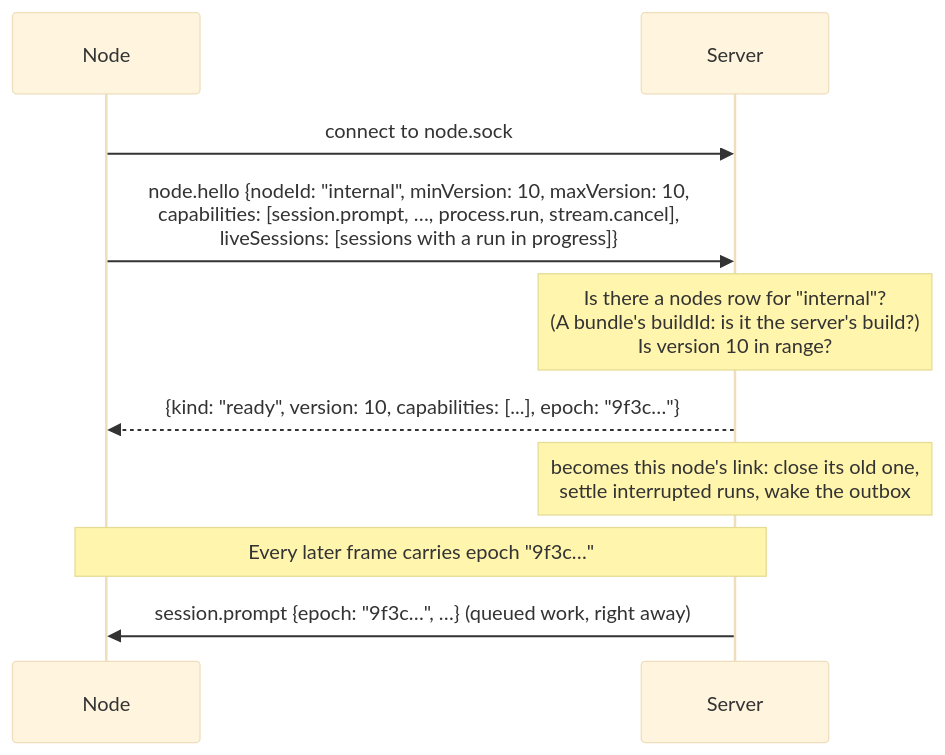
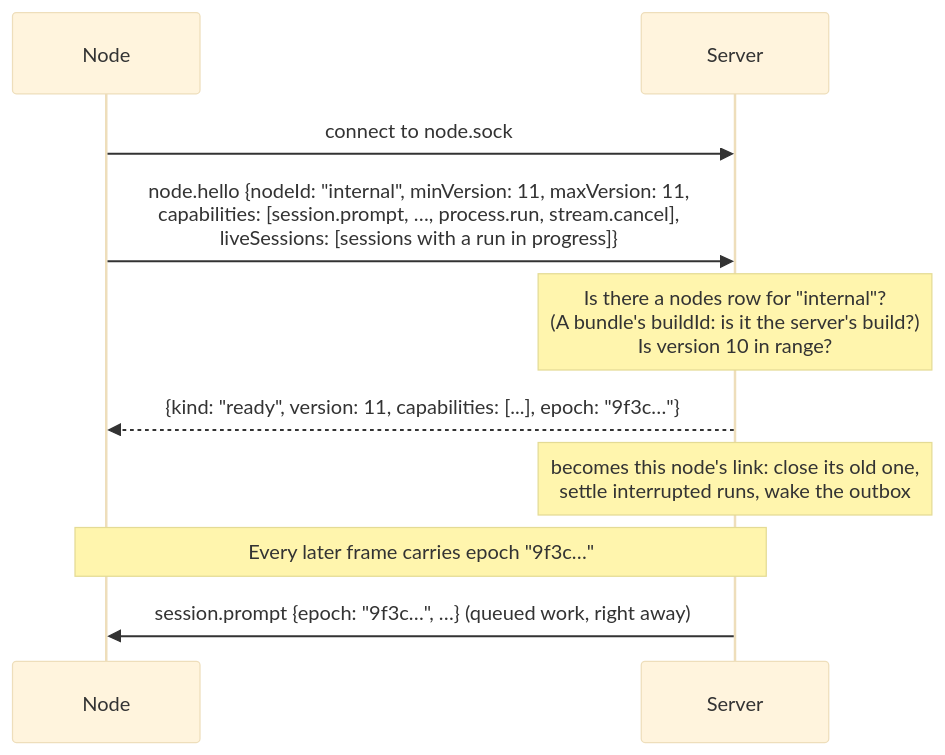
One commit to willtcarey/reins changed the fourth of 9 diagrams in docs/dev/node-transport.md. Above: the diagram before and after it, drawn with Mermaid (base theme). The commit also changed other lines of this file and 15 other files, not shown here.

````diff
--- a/docs/dev/node-transport.md
+++ b/docs/dev/node-transport.md
@@ -274,12 +276,12 @@
 ```mermaid
 sequenceDiagram
     participant N as Node
     participant S as Server
     N->>S: connect to node.sock
-    N->>S: node.hello {nodeId: "internal", minVersion: 10, maxVersion: 10,<br/>capabilities: [session.prompt, …, process.run, stream.cancel],<br/>liveSessions: [sessions with a run in progress]}
+    N->>S: node.hello {nodeId: "internal", minVersion: 11, maxVersion: 11,<br/>capabilities: [session.prompt, …, process.run, stream.cancel],<br/>liveSessions: [sessions with a run in progress]}
     Note over S: Is there a nodes row for "internal"?<br/>(A bundle's buildId: is it the server's build?)<br/>Is version 10 in range?
-    S-->>N: {kind: "ready", version: 10, capabilities: [...], epoch: "9f3c…"}
+    S-->>N: {kind: "ready", version: 11, capabilities: [...], epoch: "9f3c…"}
     Note over S: becomes this node's link: close its old one,<br/>settle interrupted runs, wake the outbox
     Note over N,S: Every later frame carries epoch "9f3c…"
     S->>N: session.prompt {epoch: "9f3c…", …} (queued work, right away)
 ```
````
